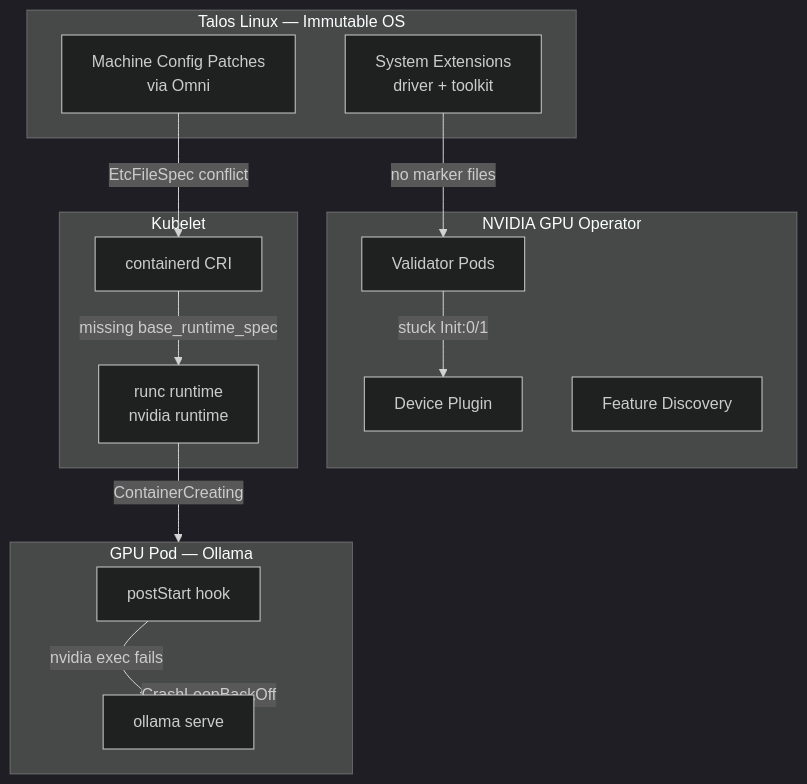
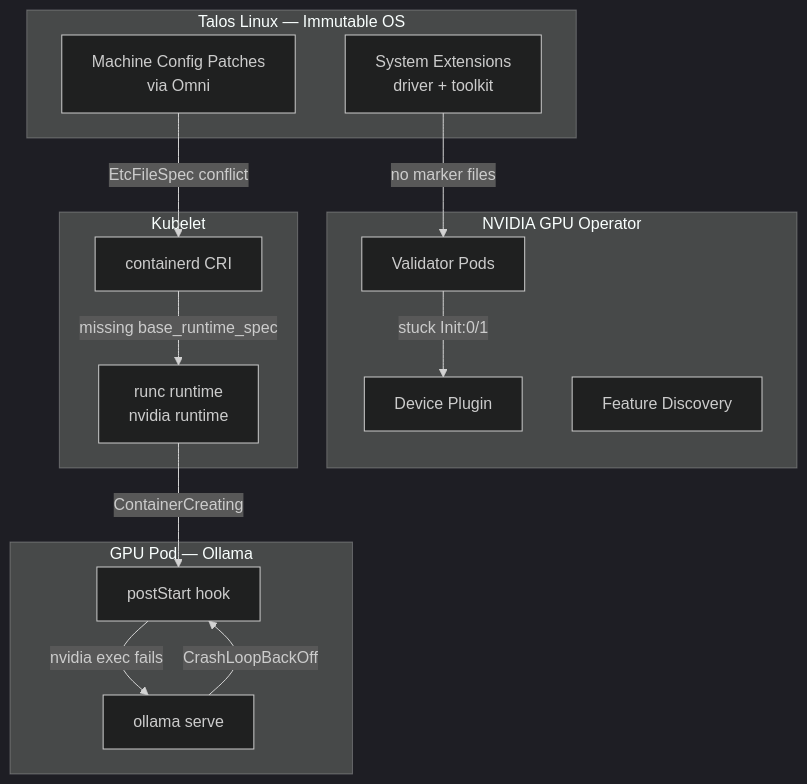
One commit to derio-net/frank changed the diagram in blog/content/docs/building/12-gpu-talos-fix/index.md. Above: the diagram before and after it, drawn with Mermaid (dark theme). The commit also changed 52 other files, not shown here.

````diff
--- a/blog/content/docs/building/12-gpu-talos-fix/index.md
+++ b/blog/content/docs/building/12-gpu-talos-fix/index.md
@@ -17,28 +17,28 @@
 ```mermaid
 flowchart TD
   subgraph Talos[Talos Linux — Immutable OS]
     SE[System Extensions<br/>driver + toolkit]
     MP[Machine Config Patches<br/>via Omni]
   end
   subgraph GPUOp[NVIDIA GPU Operator]
     VP[Validator Pods]
     DP[Device Plugin]
     FD[Feature Discovery]
   end
   subgraph Kubelet
     CRI[containerd CRI]
     RT[runc runtime<br/>nvidia runtime]
   end
   subgraph Pod[GPU Pod — Ollama]
     PH[postStart hook]
     CO[ollama serve]
   end
 
   SE -->|no marker files| VP
   VP -->|stuck Init:0/1| DP
   MP -->|EtcFileSpec conflict| CRI
   CRI -->|missing base_runtime_spec| RT
-  RT -->|ContainerCreating| Pod
+  RT -->|ContainerCreating| PH
   PH -->|nvidia exec fails| CO
-  CO -->|CrashLoopBackOff| Pod
+  CO -->|CrashLoopBackOff| PH
 ```
````
